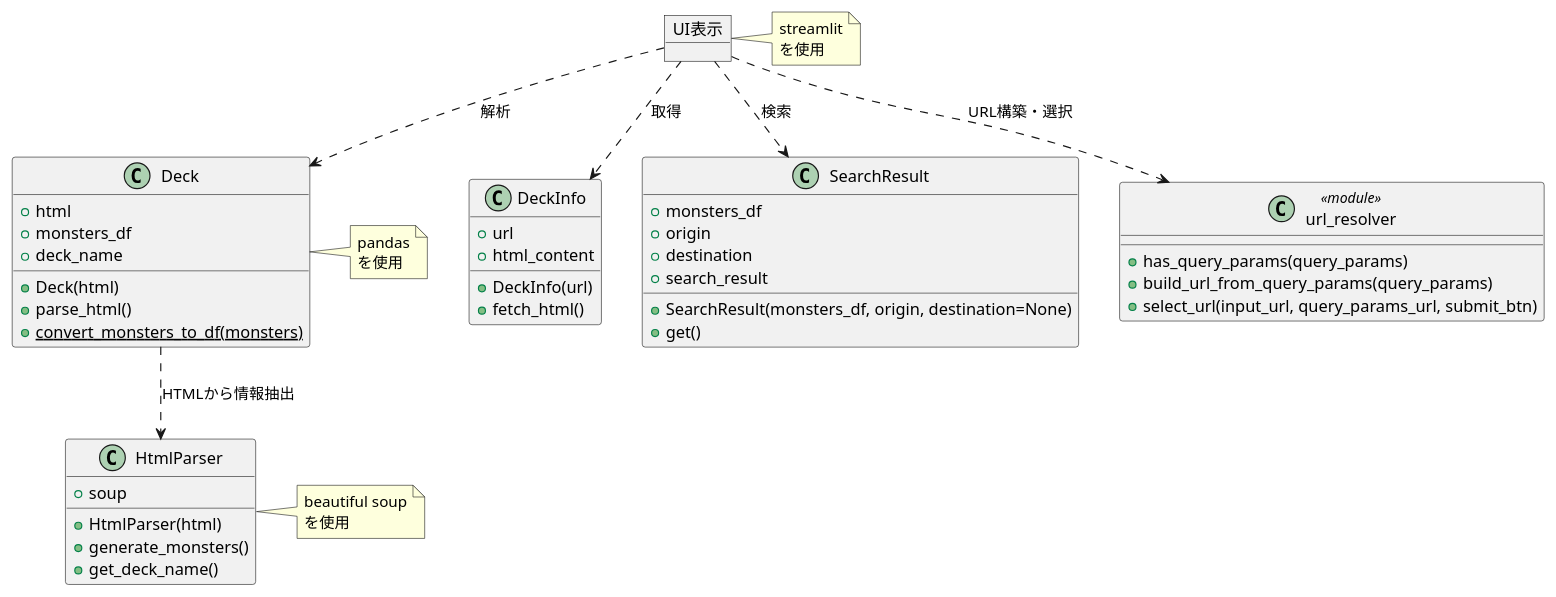
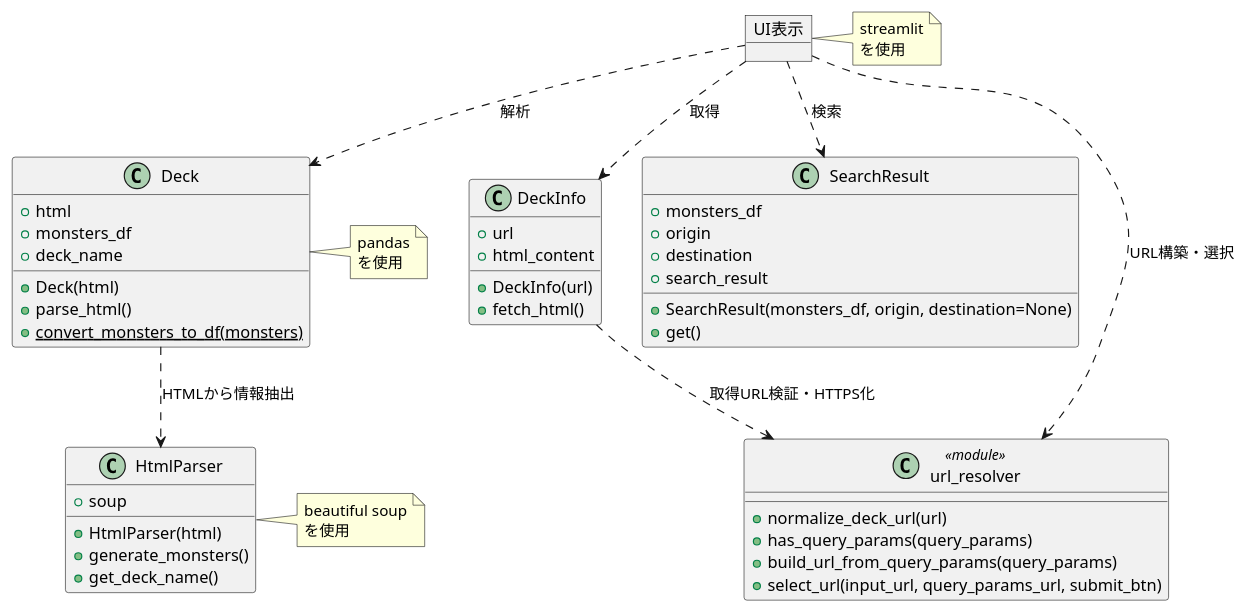
Before and after one commit to ikishichi/ygo-small-world-transit: the fifth of 6 diagrams in docs/ygo-small-world-transit.md, drawn with PlantUML. The commit also changed other lines of this file and 2 other files, not shown here.

````diff
--- a/docs/ygo-small-world-transit.md
+++ b/docs/ygo-small-world-transit.md
@@ -153,55 +196,57 @@
 ```plantuml
 @startuml
 object "UI表示" as ui
 note right
 streamlit
 を使用
 endnote
 class DeckInfo{
     + url
     + html_content
     + DeckInfo(url)
     + fetch_html()
 }
 class SearchResult {
     + monsters_df
     + origin
     + destination
     + search_result
     + SearchResult(monsters_df, origin, destination=None)
     + get()
 }
 class Deck{
     + html
     + monsters_df
     + deck_name
     + Deck(html)
     + parse_html()
     {static} + convert_monsters_to_df(monsters)
 }
 note right
 pandas
 を使用
 endnote
 class HtmlParser{
     + soup
     + HtmlParser(html)
     + generate_monsters()
     + get_deck_name()
 }
 note right
 beautiful soup
 を使用
 endnote
 class url_resolver <<module>> {
+    + normalize_deck_url(url)
     + has_query_params(query_params)
     + build_url_from_query_params(query_params)
     + select_url(input_url, query_params_url, submit_btn)
 }
 ui ..> DeckInfo : 取得
 ui ..> SearchResult : 検索
 ui ..> Deck : 解析
 ui ..> url_resolver : URL構築・選択
+DeckInfo ..> url_resolver : 取得URL検証・HTTPS化
 Deck ..> HtmlParser : HTMLから情報抽出
 @enduml
 ```
````
